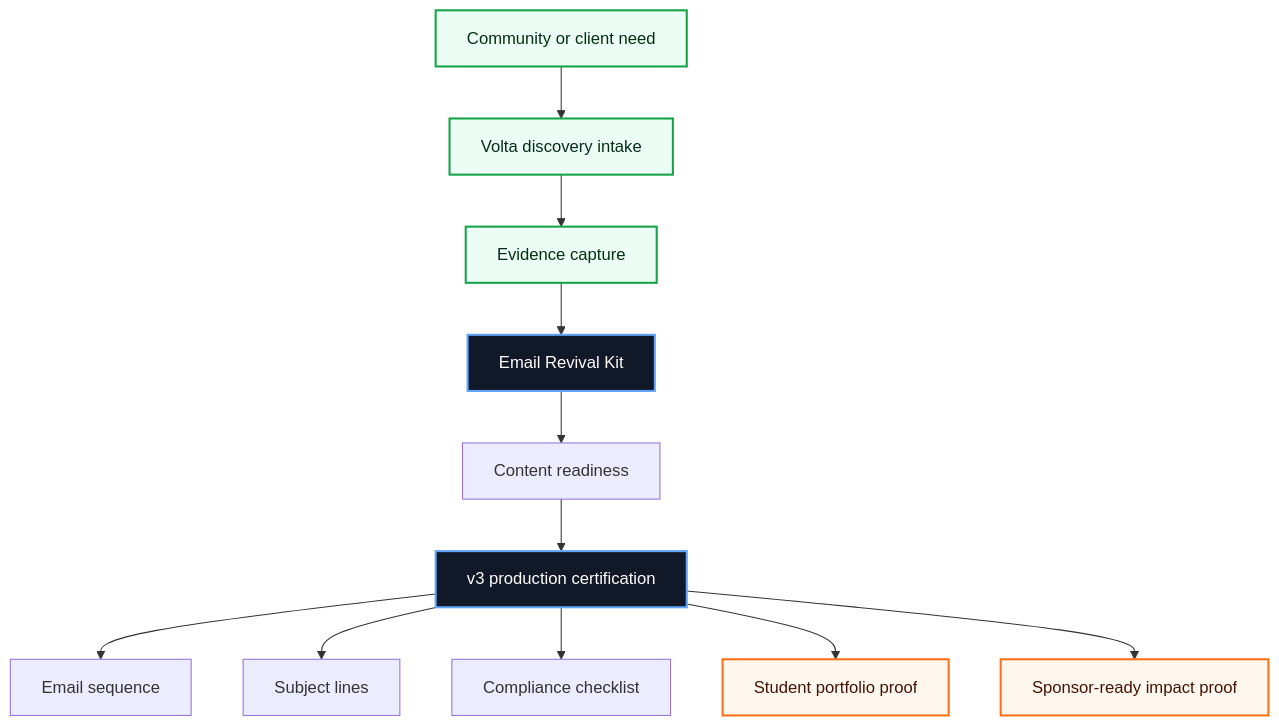
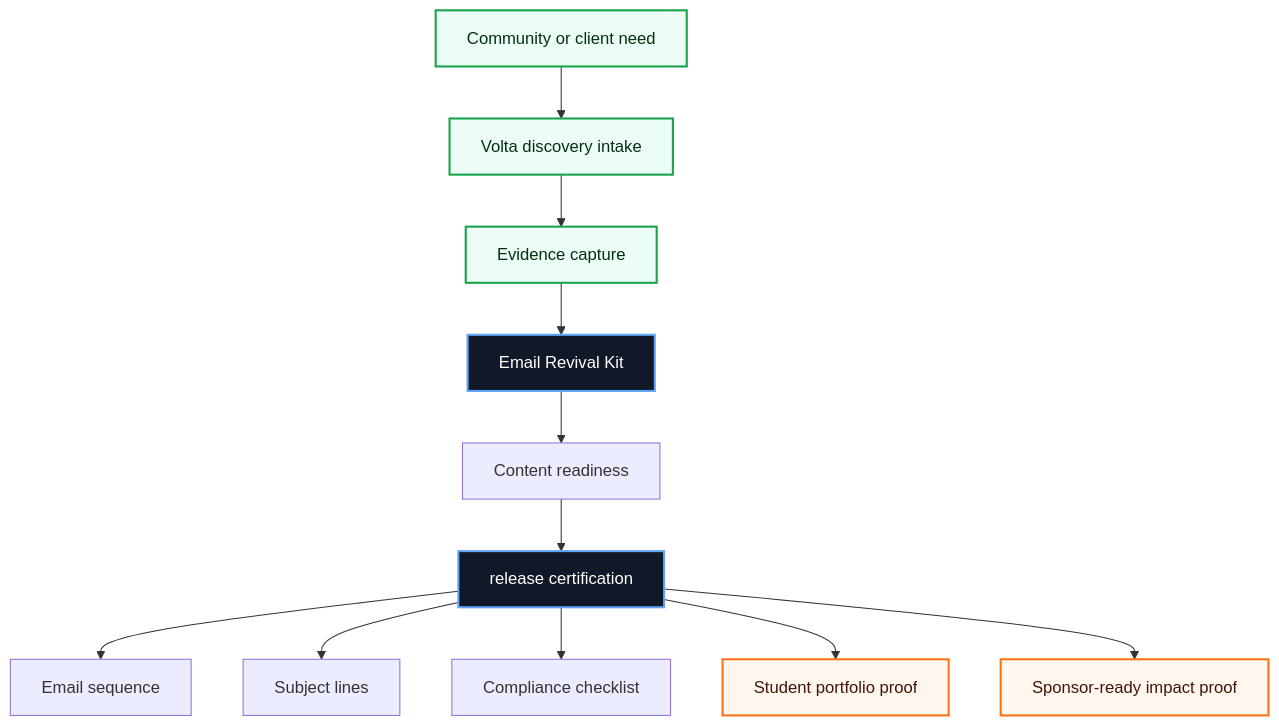
One commit to volta-npo/email-revival-kit changed the first of 3 diagrams in README.md. Above: the diagram before and after it, drawn with Mermaid. The commit also changed other lines of this file and 28 other files, not shown here.

````diff
--- a/README.md
+++ b/README.md
@@ -43,20 +43,20 @@
 ```mermaid
 flowchart TD
     Need["Community or client need"] --> Intake["Volta discovery intake"]
     Intake --> Evidence["Evidence capture"]
     Evidence --> Workbench["Email Revival Kit"]
     Workbench --> Score["Content readiness"]
-    Score --> Cert["v3 production certification"]
+    Score --> Cert["release certification"]
     Cert --> A1["Email sequence"]
     Cert --> A2["Subject lines"]
     Cert --> A3["Compliance checklist"]
     Cert --> Student["Student portfolio proof"]
     Cert --> Sponsor["Sponsor-ready impact proof"]
 
     classDef volta fill:#111827,stroke:#60a5fa,color:#ffffff,stroke-width:2px;
     classDef equity fill:#ecfdf5,stroke:#16a34a,color:#052e16,stroke-width:2px;
     classDef proof fill:#fff7ed,stroke:#f97316,color:#431407,stroke-width:2px;
     class Workbench,Cert volta;
     class Need,Intake,Evidence equity;
     class Student,Sponsor proof;
 ```
````
